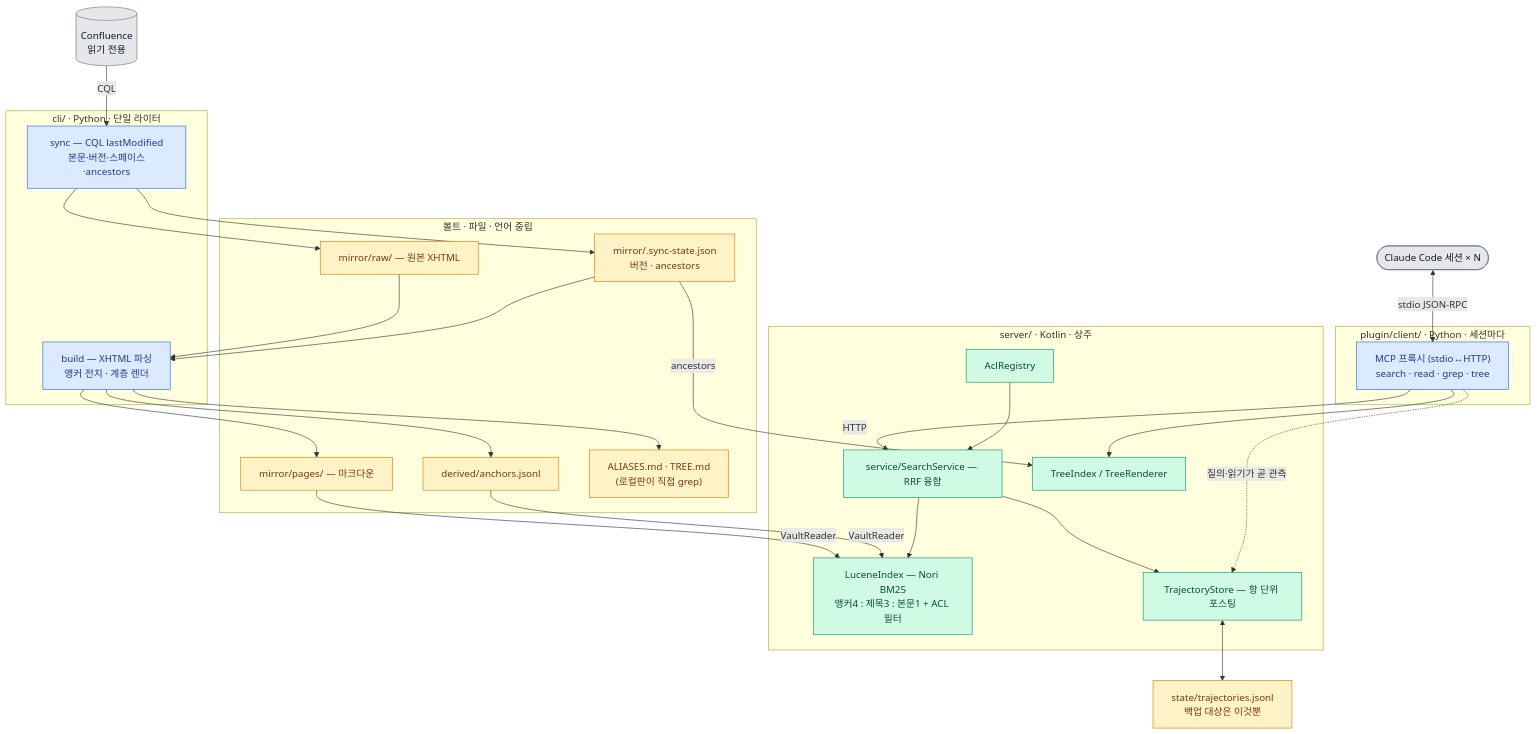
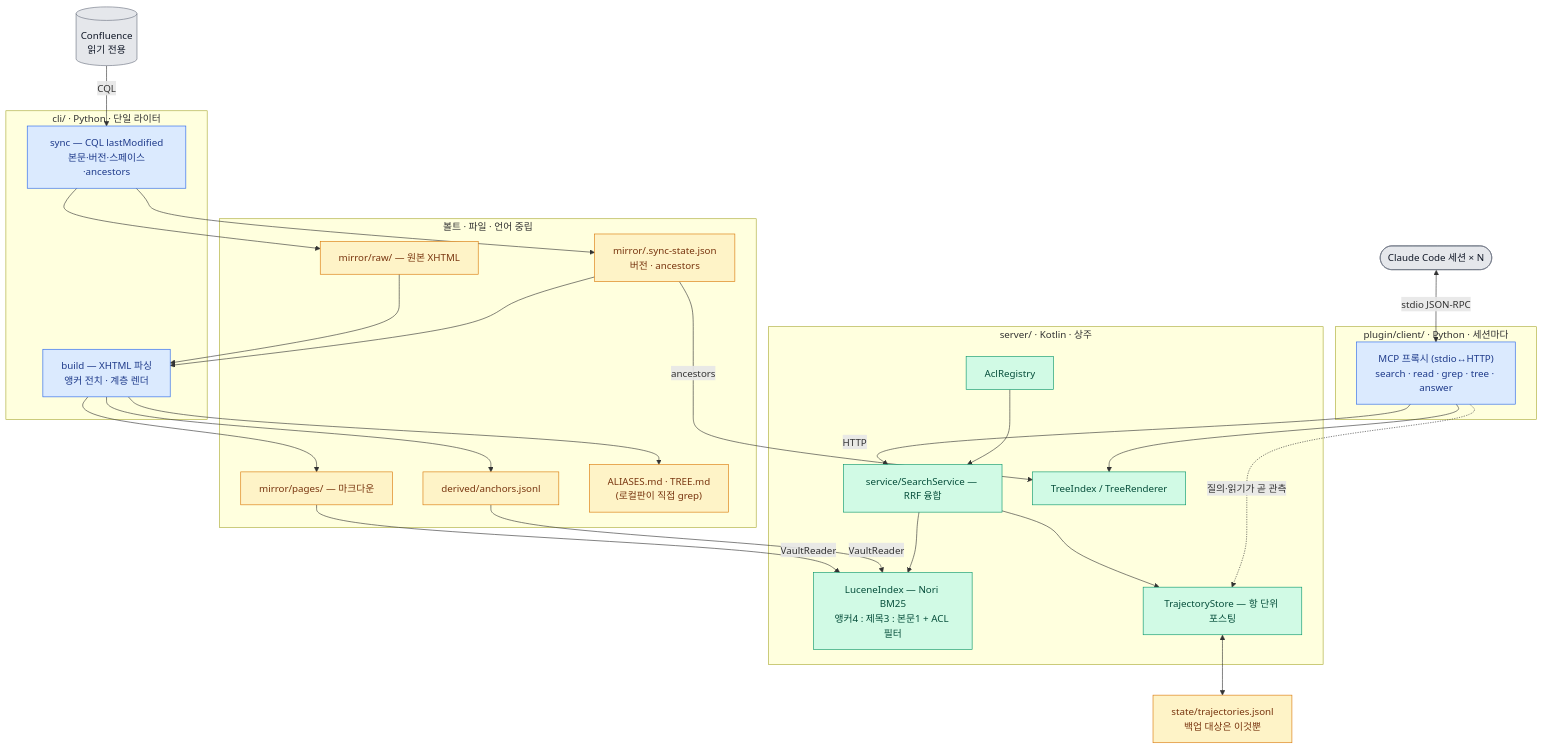
Before and after one commit to mukansei/wikilens: the first of 2 diagrams in docs/architecture.md, drawn with Mermaid. The commit also changed other lines of this file and 4 other files, not shown here.

````diff
--- a/docs/architecture.md
+++ b/docs/architecture.md
@@ -23,64 +23,64 @@
 ```mermaid
 flowchart TB
     CONF[("Confluence<br/>읽기 전용")]
     SESS(["Claude Code 세션 × N"])
 
     subgraph SYNC["cli/ · Python · 단일 라이터"]
         SY["sync — CQL lastModified<br/>본문·버전·스페이스·ancestors"]
         BU["build — XHTML 파싱<br/>앵커 전치 · 계층 렌더"]
     end
 
     subgraph STORE["볼트 · 파일 · 언어 중립"]
         RAW["mirror/raw/ — 원본 XHTML"]
         PG["mirror/pages/ — 마크다운"]
         ST["mirror/.sync-state.json<br/>버전 · ancestors"]
         DER["derived/anchors.jsonl"]
         MD["ALIASES.md · TREE.md<br/>(로컬판이 직접 grep)"]
     end
 
     subgraph CLIENT["plugin/client/ · Python · 세션마다"]
-        MCPT["MCP 프록시 (stdio↔HTTP)<br/>search · read · grep · tree"]
+        MCPT["MCP 프록시 (stdio↔HTTP)<br/>search · read · grep · tree · answer"]
     end
 
     subgraph SRV["server/ · Kotlin · 상주"]
         QRY["service/SearchService — RRF 융합"]
         IDX["LuceneIndex — Nori BM25<br/>앵커4 : 제목3 : 본문1 + ACL 필터"]
         TR["TreeIndex / TreeRenderer"]
         L2["TrajectoryStore — 항 단위 포스팅"]
         ACLR["AclRegistry"]
     end
 
     STA["state/trajectories.jsonl<br/>백업 대상은 이것뿐"]
 
     CONF -->|"CQL"| SY
     SY --> RAW
     SY --> ST
     RAW --> BU
     ST --> BU
     BU --> PG
     BU --> DER
     BU --> MD
 
     PG -->|"VaultReader"| IDX
     DER -->|"VaultReader"| IDX
     ST -->|"ancestors"| TR
 
     SESS <-->|"stdio JSON-RPC"| MCPT
     MCPT -->|"HTTP"| QRY
     QRY --> IDX
     QRY --> L2
     ACLR --> QRY
     MCPT --> TR
     MCPT -.->|"질의·읽기가 곧 관측"| L2
     L2 <--> STA
 
     classDef ext fill:#e5e7eb,stroke:#6b7280,color:#111827
     classDef py fill:#dbeafe,stroke:#2563eb,color:#1e3a8a
     classDef kt fill:#d1fae5,stroke:#059669,color:#064e3b
     classDef st fill:#fef3c7,stroke:#d97706,color:#78350f
     class CONF,SESS ext
     class SY,BU py
     class QRY,IDX,TR,L2,ACLR kt
     class MCPT py
     class RAW,PG,ST,DER,MD,STA st
 ```
````
